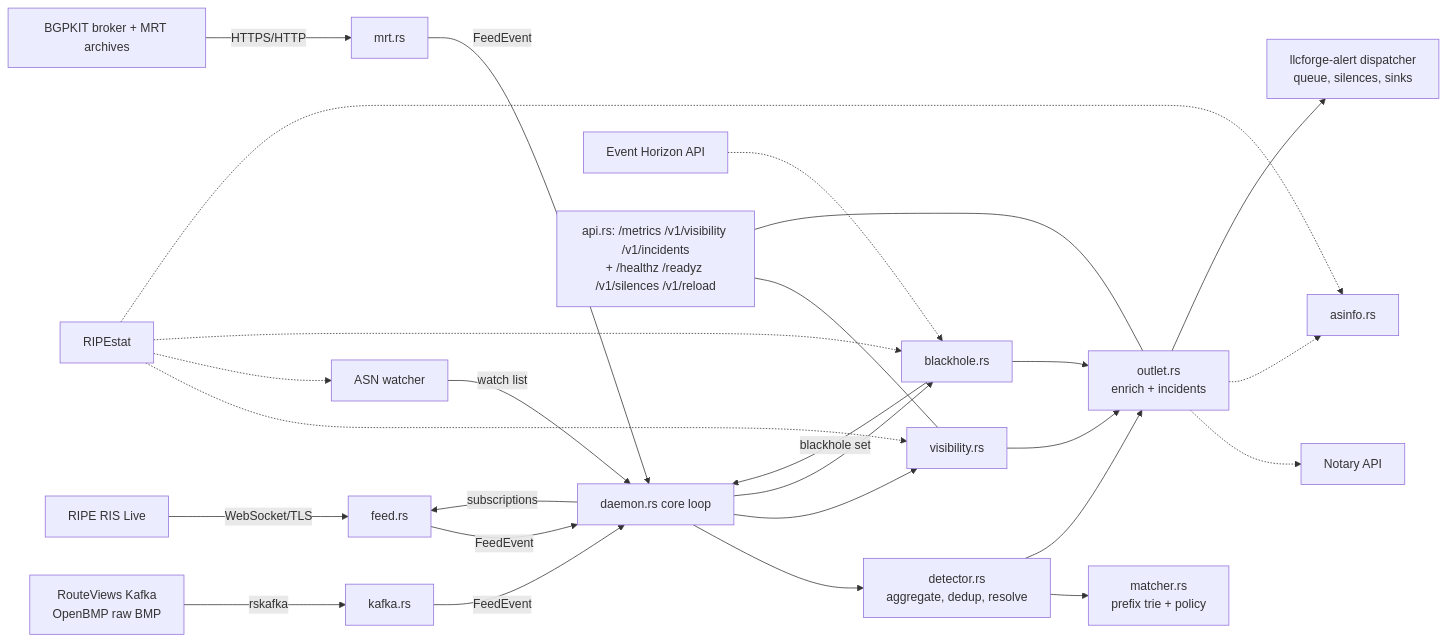
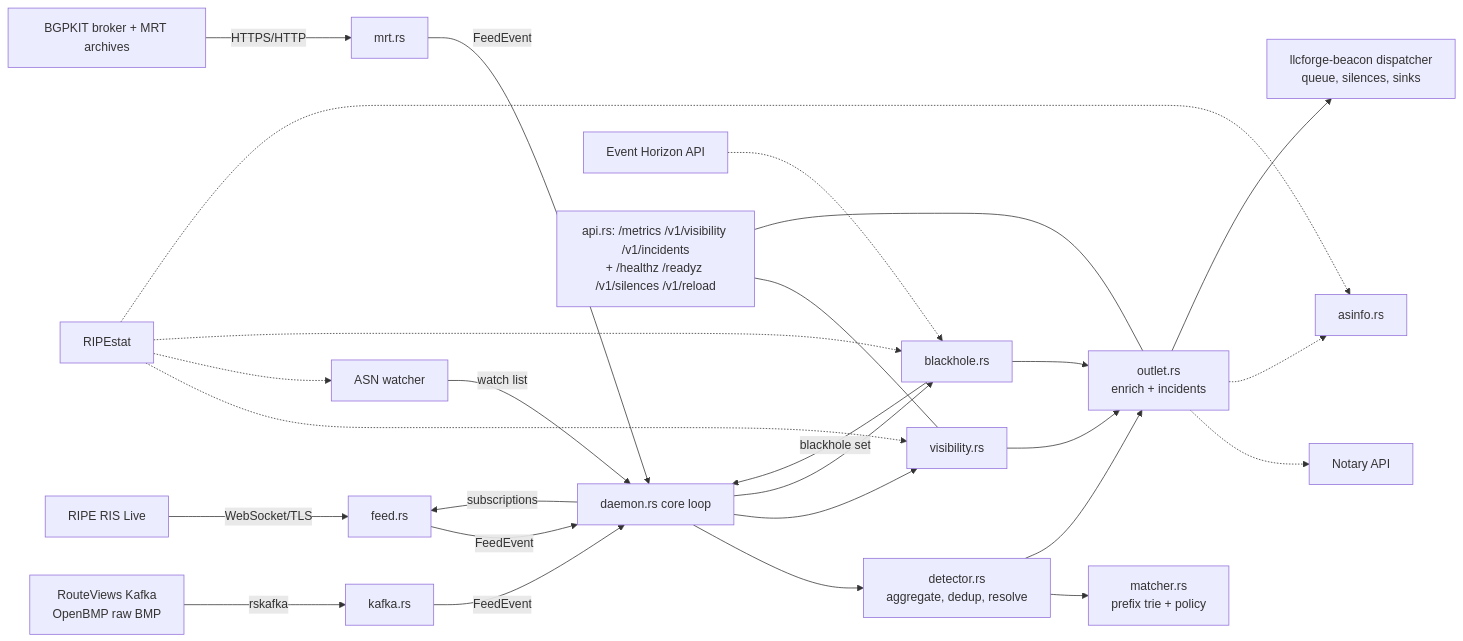
One commit to LLCForge/Vigil changed the diagram in ARCHITECTURE.md. Above: the diagram before and after it, drawn with Mermaid. The commit also changed other lines of this file and 55 other files, not shown here.

First line of the commit message:
refactor: rename shared kit to Beacon (llcforge-beacon)

````diff
--- a/ARCHITECTURE.md
+++ b/ARCHITECTURE.md
@@ -18,20 +18,20 @@
 ```mermaid
 flowchart LR
   RIS[RIPE RIS Live] -- WebSocket/TLS --> F1[feed.rs]
   RV[RouteViews Kafka<br/>OpenBMP raw BMP] -- rskafka --> F2[kafka.rs]
   BK[BGPKIT broker + MRT archives] -- HTTPS/HTTP --> F3[mrt.rs]
   F1 & F2 & F3 -- FeedEvent --> CORE[daemon.rs core loop]
   CORE --> D[detector.rs<br/>aggregate, dedup, resolve]
   D --> M[matcher.rs<br/>prefix trie + policy]
   CORE --> V[visibility.rs]
   CORE --> B[blackhole.rs]
   RS[RIPEstat] -.-> V & ASN[ASN watcher] & B & AI[asinfo.rs]
   EH[Event Horizon API] -.-> B
   ASN -- watch list --> CORE
   B -- blackhole set --> CORE
   CORE -- subscriptions --> F1
   D & V & B --> O[outlet.rs<br/>enrich + incidents]
   O -.-> NO[Notary API] & AI
-  O --> K[llcforge-alert dispatcher<br/>queue, silences, sinks]
+  O --> K[llcforge-beacon dispatcher<br/>queue, silences, sinks]
   API[api.rs: /metrics /v1/visibility /v1/incidents<br/>+ /healthz /readyz /v1/silences /v1/reload] --- V & O
 ```
````
